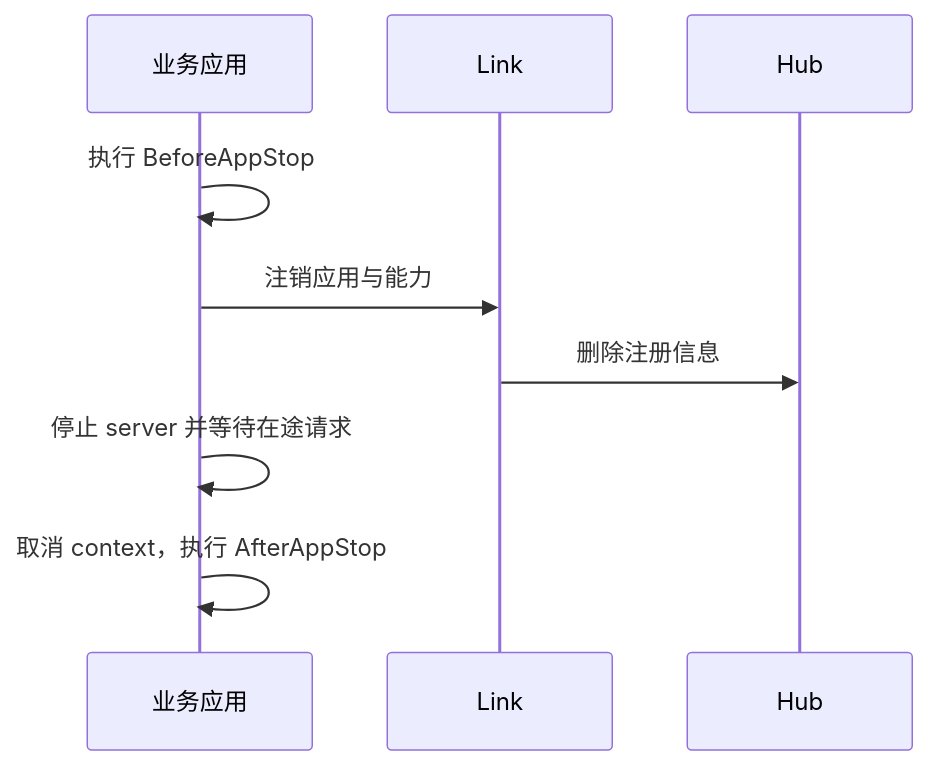
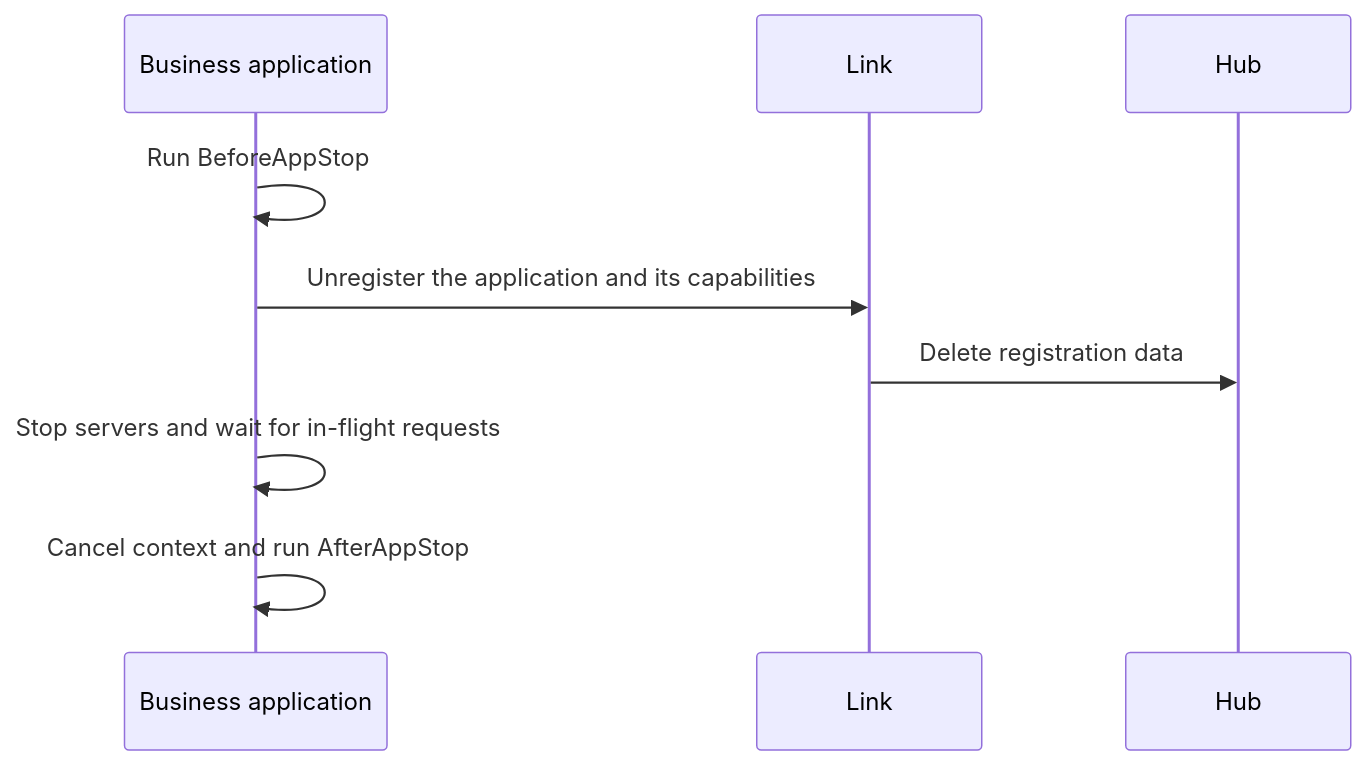
Before and after one commit to yorun-ai/vine-site: the third of 3 diagrams in docs/runtime/mechanisms.md, drawn with Mermaid. The commit also changed other lines of this file and 107 other files, not shown here.

````diff
--- a/docs/runtime/mechanisms.md
+++ b/docs/runtime/mechanisms.md
@@ -46,11 +46,11 @@
 ```mermaid
 sequenceDiagram
-  participant App as 业务应用
+  participant App as Business application
   participant RuntimeLink as Link
   participant Hub
-  App->>App: 执行 BeforeAppStop
-  App->>RuntimeLink: 注销应用与能力
-  RuntimeLink->>Hub: 删除注册信息
-  App->>App: 停止 server 并等待在途请求
-  App->>App: 取消 context，执行 AfterAppStop
+  App->>App: Run BeforeAppStop
+  App->>RuntimeLink: Unregister the application and its capabilities
+  RuntimeLink->>Hub: Delete registration data
+  App->>App: Stop servers and wait for in-flight requests
+  App->>App: Cancel context and run AfterAppStop
 ```
````
